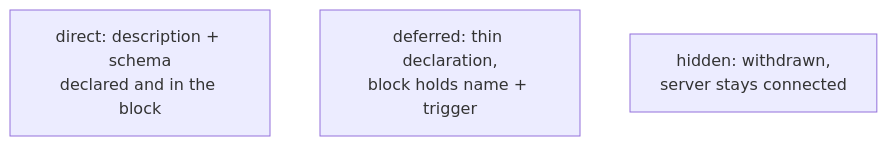
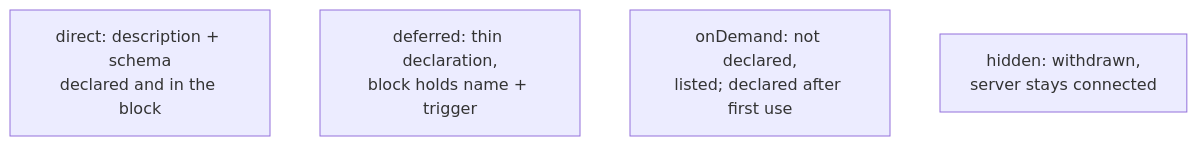
One commit to bgauryy/octocode-coding-agent changed the fourth of 4 diagrams in packages/coding-agent/docs/mcp-reference.md. Above: the diagram before and after it, drawn with Mermaid. The commit also changed other lines of this file and 2785 other files, not shown here.

````diff
--- a/packages/coding-agent/docs/mcp-reference.md
+++ b/packages/coding-agent/docs/mcp-reference.md
@@ -142,4 +131,4 @@
 ```mermaid
 flowchart LR
-    D["direct: description + schema<br/>declared and in the block"] ~~~ F["deferred: thin declaration,<br/>block holds name + trigger"] ~~~ H["hidden: withdrawn,<br/>server stays connected"]
+    D["direct: description + schema<br/>declared and in the block"] ~~~ F["deferred: thin declaration,<br/>block holds name + trigger"] ~~~ O["onDemand: not declared,<br/>listed; declared after first use"] ~~~ H["hidden: withdrawn,<br/>server stays connected"]
 ```
````
